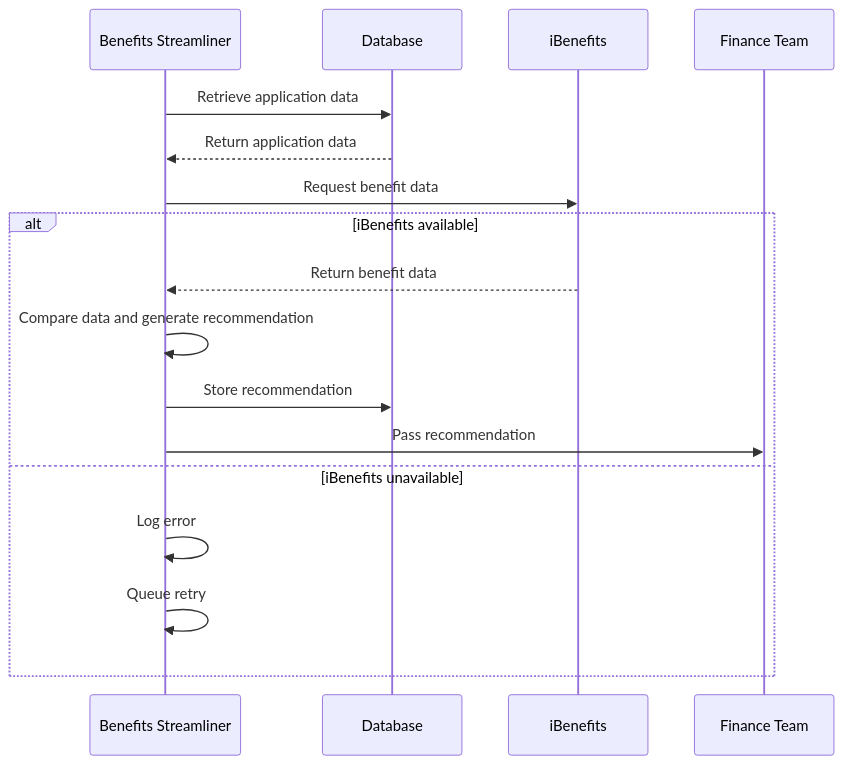
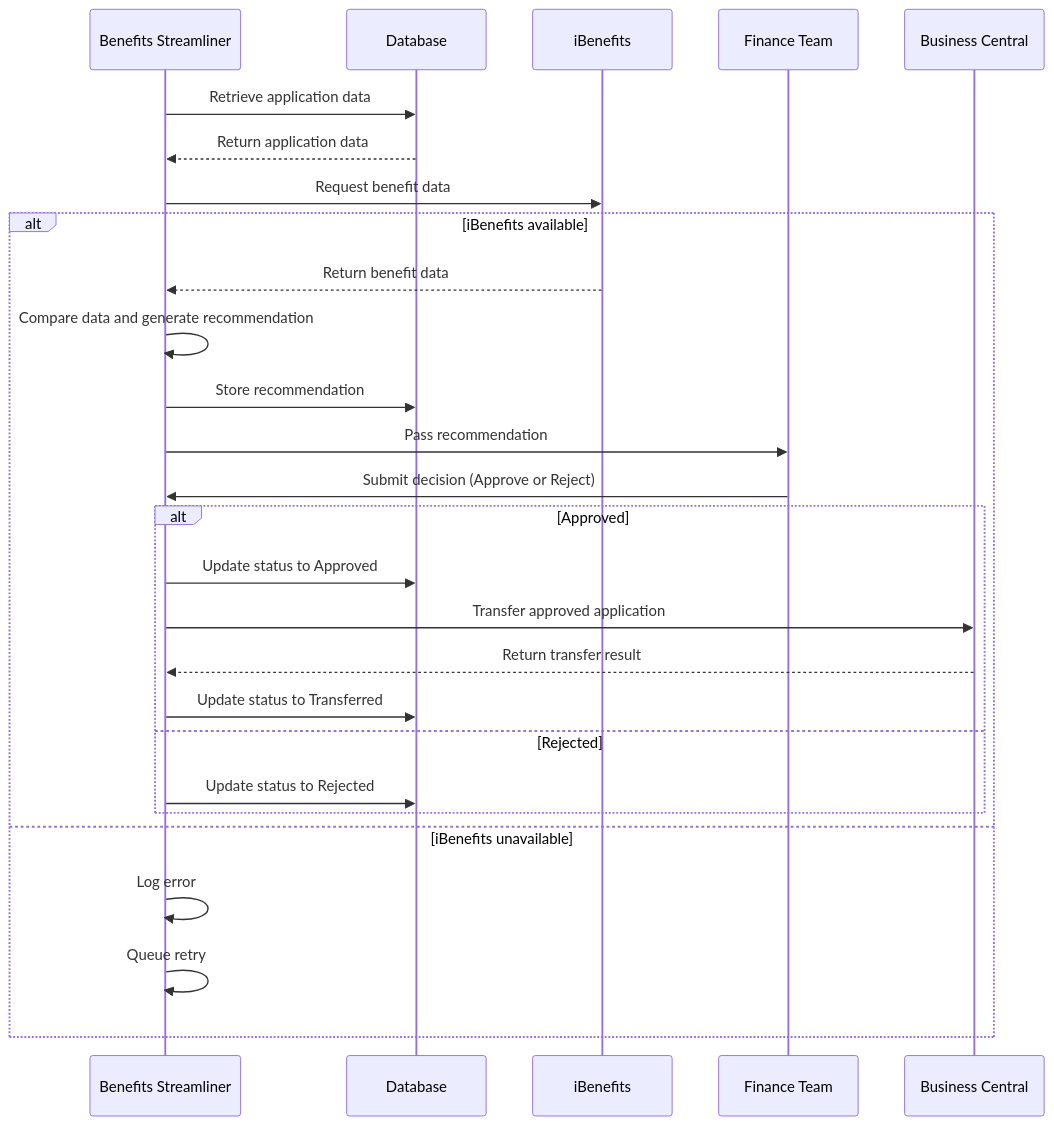
Before and after one commit to xavion-git/BenefitsStreamliner: the second of 2 diagrams in README.md, drawn with Mermaid. The commit also changed other lines of this file, not shown here.

````diff
--- a/README.md
+++ b/README.md
@@ -45,19 +50,29 @@
 ```mermaid
 sequenceDiagram
     participant BS as Benefits Streamliner
     participant DB as Database
     participant IB as iBenefits
     participant FT as Finance Team
+    participant BC as Business Central
     BS->>DB: Retrieve application data
     DB-->>BS: Return application data
     BS->>IB: Request benefit data
     alt iBenefits available
         IB-->>BS: Return benefit data
         BS->>BS: Compare data and generate recommendation
         BS->>DB: Store recommendation
         BS->>FT: Pass recommendation
+        FT->>BS: Submit decision (Approve or Reject)
+        alt Approved
+            BS->>DB: Update status to Approved
+            BS->>BC: Transfer approved application
+            BC-->>BS: Return transfer result
+            BS->>DB: Update status to Transferred
+        else Rejected
+            BS->>DB: Update status to Rejected
+        end
     else iBenefits unavailable
         BS->>BS: Log error
         BS->>BS: Queue retry
     end
 ```
````
